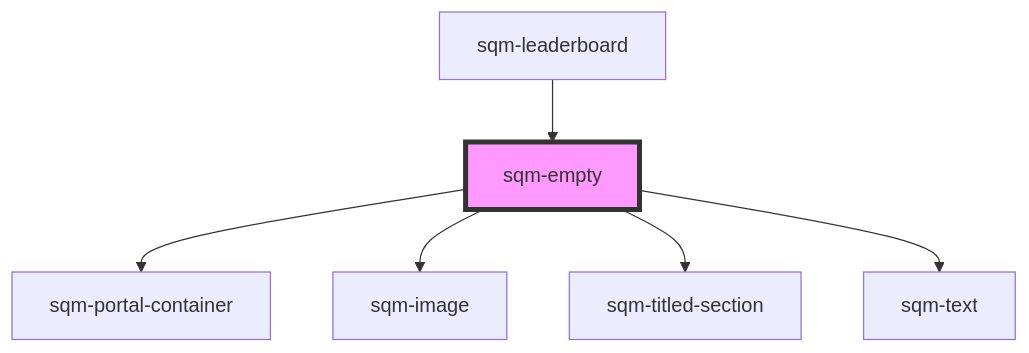
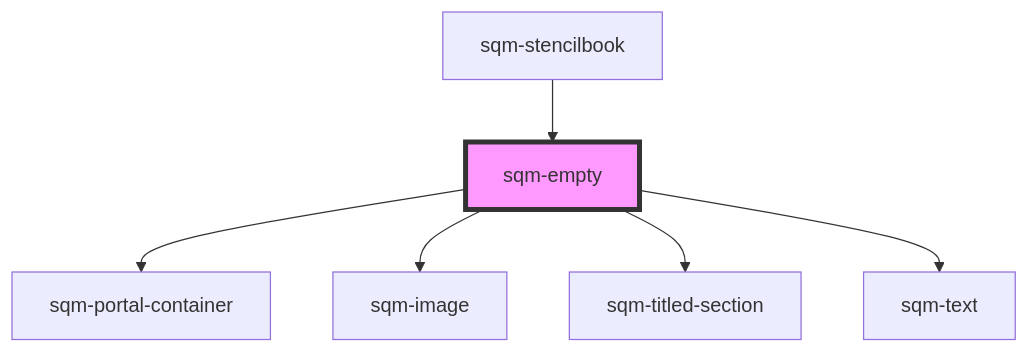
Before and after one commit to saasquatch/program-tools: the diagram in packages/mint-components/src/components/sqm-empty/readme.md, drawn with Mermaid. The commit also changed other lines of this file and 8 other files, not shown here.

````diff
--- a/packages/mint-components/src/components/sqm-empty/readme.md
+++ b/packages/mint-components/src/components/sqm-empty/readme.md
@@ -31,9 +31,9 @@
 ```mermaid
 graph TD;
   sqm-empty --> sqm-portal-container
   sqm-empty --> sqm-image
   sqm-empty --> sqm-titled-section
   sqm-empty --> sqm-text
-  sqm-leaderboard --> sqm-empty
+  sqm-stencilbook --> sqm-empty
   style sqm-empty fill:#f9f,stroke:#333,stroke-width:4px
 ```
````
